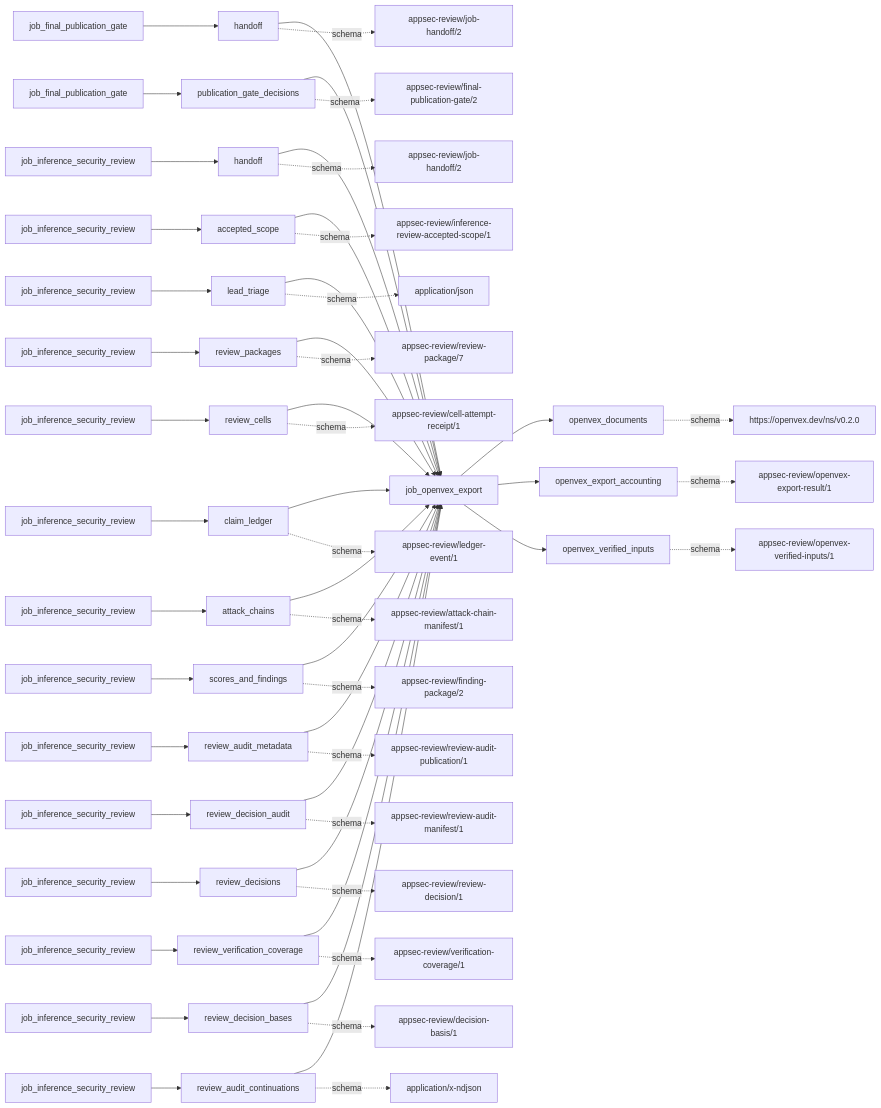
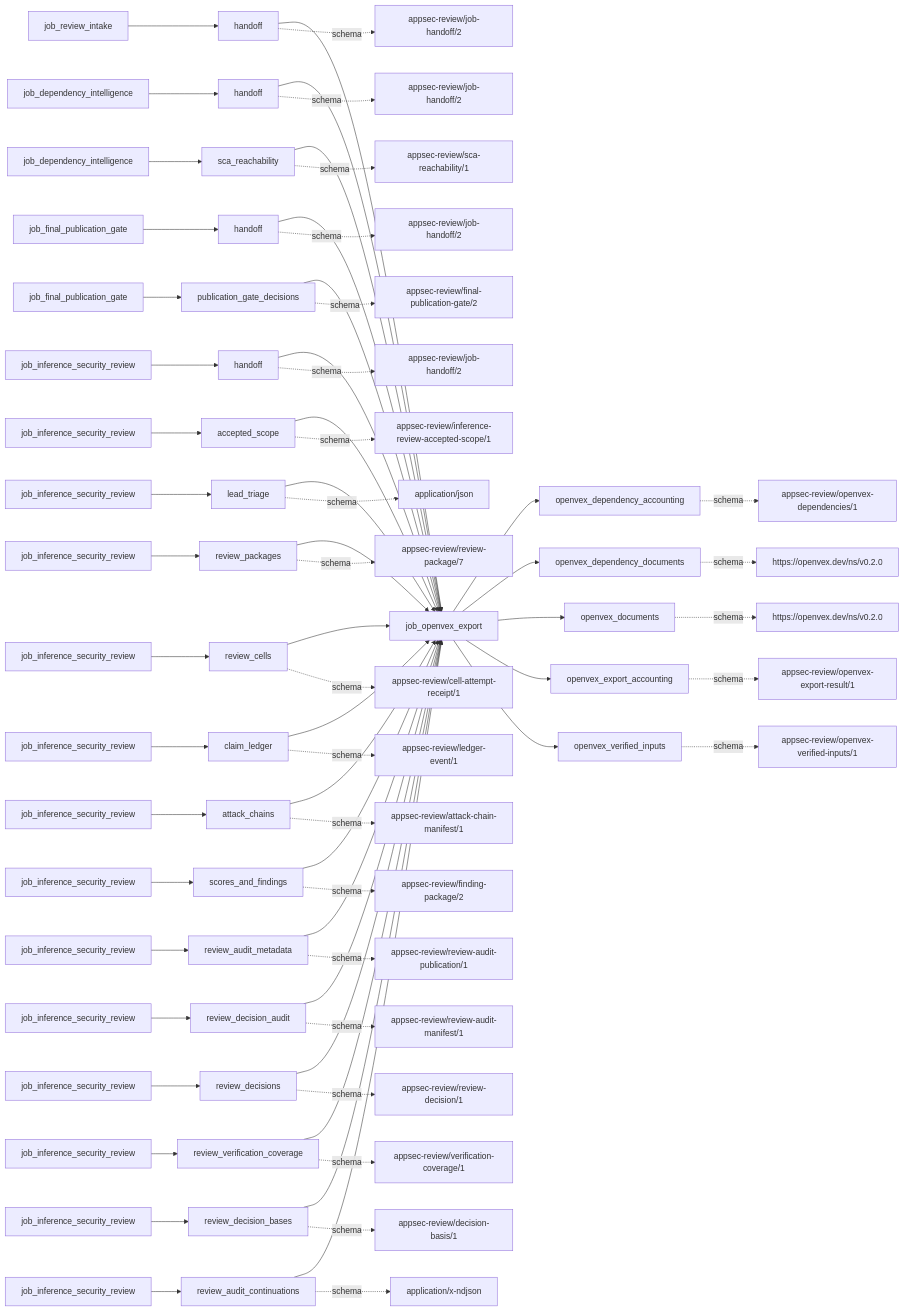
The first of 2 diagrams in docs/operations/job_openvex_export.md (wsollers/appsec-review), drawn with Mermaid before and after one commit. The commit also changed other lines of this file and 32 other files, not shown here.

````diff
--- a/docs/operations/job_openvex_export.md
+++ b/docs/operations/job_openvex_export.md
@@ -88,96 +93,119 @@
 ```mermaid
 flowchart LR
   job["job_openvex_export"]
-  producer0["job_final_publication_gate"]
+  producer0["job_review_intake"]
   input0["handoff"]
   input_schema0["appsec-review/job-handoff/2"]
   producer0 --> input0 --> job
   input0 -. schema .-> input_schema0
-  producer1["job_final_publication_gate"]
-  input1["publication_gate_decisions"]
-  input_schema1["appsec-review/final-publication-gate/2"]
+  producer1["job_dependency_intelligence"]
+  input1["handoff"]
+  input_schema1["appsec-review/job-handoff/2"]
   producer1 --> input1 --> job
   input1 -. schema .-> input_schema1
-  producer2["job_inference_security_review"]
-  input2["handoff"]
-  input_schema2["appsec-review/job-handoff/2"]
+  producer2["job_dependency_intelligence"]
+  input2["sca_reachability"]
+  input_schema2["appsec-review/sca-reachability/1"]
   producer2 --> input2 --> job
   input2 -. schema .-> input_schema2
-  producer3["job_inference_security_review"]
-  input3["accepted_scope"]
-  input_schema3["appsec-review/inference-review-accepted-scope/1"]
+  producer3["job_final_publication_gate"]
+  input3["handoff"]
+  input_schema3["appsec-review/job-handoff/2"]
   producer3 --> input3 --> job
   input3 -. schema .-> input_schema3
-  producer4["job_inference_security_review"]
-  input4["lead_triage"]
-  input_schema4["application/json"]
+  producer4["job_final_publication_gate"]
+  input4["publication_gate_decisions"]
+  input_schema4["appsec-review/final-publication-gate/2"]
   producer4 --> input4 --> job
   input4 -. schema .-> input_schema4
   producer5["job_inference_security_review"]
-  input5["review_packages"]
-  input_schema5["appsec-review/review-package/7"]
+  input5["handoff"]
+  input_schema5["appsec-review/job-handoff/2"]
   producer5 --> input5 --> job
   input5 -. schema .-> input_schema5
   producer6["job_inference_security_review"]
-  input6["review_cells"]
-  input_schema6["appsec-review/cell-attempt-receipt/1"]
+  input6["accepted_scope"]
+  input_schema6["appsec-review/inference-review-accepted-scope/1"]
   producer6 --> input6 --> job
   input6 -. schema .-> input_schema6
   producer7["job_inference_security_review"]
-  input7["claim_ledger"]
-  input_schema7["appsec-review/ledger-event/1"]
+  input7["lead_triage"]
+  input_schema7["application/json"]
   producer7 --> input7 --> job
   input7 -. schema .-> input_schema7
   producer8["job_inference_security_review"]
-  input8["attack_chains"]
-  input_schema8["appsec-review/attack-chain-manifest/1"]
+  input8["review_packages"]
+  input_schema8["appsec-review/review-package/7"]
   producer8 --> input8 --> job
   input8 -. schema .-> input_schema8
   producer9["job_inference_security_review"]
-  input9["scores_and_findings"]
-  input_schema9["appsec-review/finding-package/2"]
+  input9["review_cells"]
+  input_schema9["appsec-review/cell-attempt-receipt/1"]
   producer9 --> input9 --> job
   input9 -. schema .-> input_schema9
   producer10["job_inference_security_review"]
-  input10["review_audit_metadata"]
-  input_schema10["appsec-review/review-audit-publication/1"]
+  input10["claim_ledger"]
+  input_schema10["appsec-review/ledger-event/1"]
   producer10 --> input10 --> job
   input10 -. schema .-> input_schema10
   producer11["job_inference_security_review"]
-  input11["review_decision_audit"]
-  input_schema11["appsec-review/review-audit-manifest/1"]
+  input11["attack_chains"]
+  input_schema11["appsec-review/attack-chain-manifest/1"]
   producer11 --> input11 --> job
   input11 -. schema .-> input_schema11
   producer12["job_inference_security_review"]
-  input12["review_decisions"]
-  input_schema12["appsec-review/review-decision/1"]
+  input12["scores_and_findings"]
+  input_schema12["appsec-review/finding-package/2"]
   producer12 --> input12 --> job
   input12 -. schema .-> input_schema12
   producer13["job_inference_security_review"]
-  input13["review_verification_coverage"]
-  input_schema13["appsec-review/verification-coverage/1"]
+  input13["review_audit_metadata"]
+  input_schema13["appsec-review/review-audit-publication/1"]
   producer13 --> input13 --> job
   input13 -. schema .-> input_schema13
   producer14["job_inference_security_review"]
-  input14["review_decision_bases"]
-  input_schema14["appsec-review/decision-basis/1"]
+  input14["review_decision_audit"]
+  input_schema14["appsec-review/review-audit-manifest/1"]
   producer14 --> input14 --> job
   input14 -. schema .-> input_schema14
   producer15["job_inference_security_review"]
-  input15["review_audit_continuations"]
-  input_schema15["application/x-ndjson"]
+  input15["review_decisions"]
+  input_schema15["appsec-review/review-decision/1"]
   producer15 --> input15 --> job
   input15 -. schema .-> input_schema15
-  output0["openvex_documents"]
-  output_schema0["https://openvex.dev/ns/v0.2.0"]
+  producer16["job_inference_security_review"]
+  input16["review_verification_coverage"]
+  input_schema16["appsec-review/verification-coverage/1"]
+  producer16 --> input16 --> job
+  input16 -. schema .-> input_schema16
+  producer17["job_inference_security_review"]
+  input17["review_decision_bases"]
+  input_schema17["appsec-review/decision-basis/1"]
+  producer17 --> input17 --> job
+  input17 -. schema .-> input_schema17
+  producer18["job_inference_security_review"]
+  input18["review_audit_continuations"]
+  input_schema18["application/x-ndjson"]
+  producer18 --> input18 --> job
+  input18 -. schema .-> input_schema18
+  output0["openvex_dependency_accounting"]
+  output_schema0["appsec-review/openvex-dependencies/1"]
   job --> output0
   output0 -. schema .-> output_schema0
-  output1["openvex_export_accounting"]
-  output_schema1["appsec-review/openvex-export-result/1"]
+  output1["openvex_dependency_documents"]
+  output_schema1["https://openvex.dev/ns/v0.2.0"]
   job --> output1
   output1 -. schema .-> output_schema1
-  output2["openvex_verified_inputs"]
-  output_schema2["appsec-review/openvex-verified-inputs/1"]
+  output2["openvex_documents"]
+  output_schema2["https://openvex.dev/ns/v0.2.0"]
   job --> output2
   output2 -. schema .-> output_schema2
+  output3["openvex_export_accounting"]
+  output_schema3["appsec-review/openvex-export-result/1"]
+  job --> output3
+  output3 -. schema .-> output_schema3
+  output4["openvex_verified_inputs"]
+  output_schema4["appsec-review/openvex-verified-inputs/1"]
+  job --> output4
+  output4 -. schema .-> output_schema4
 ```
````
